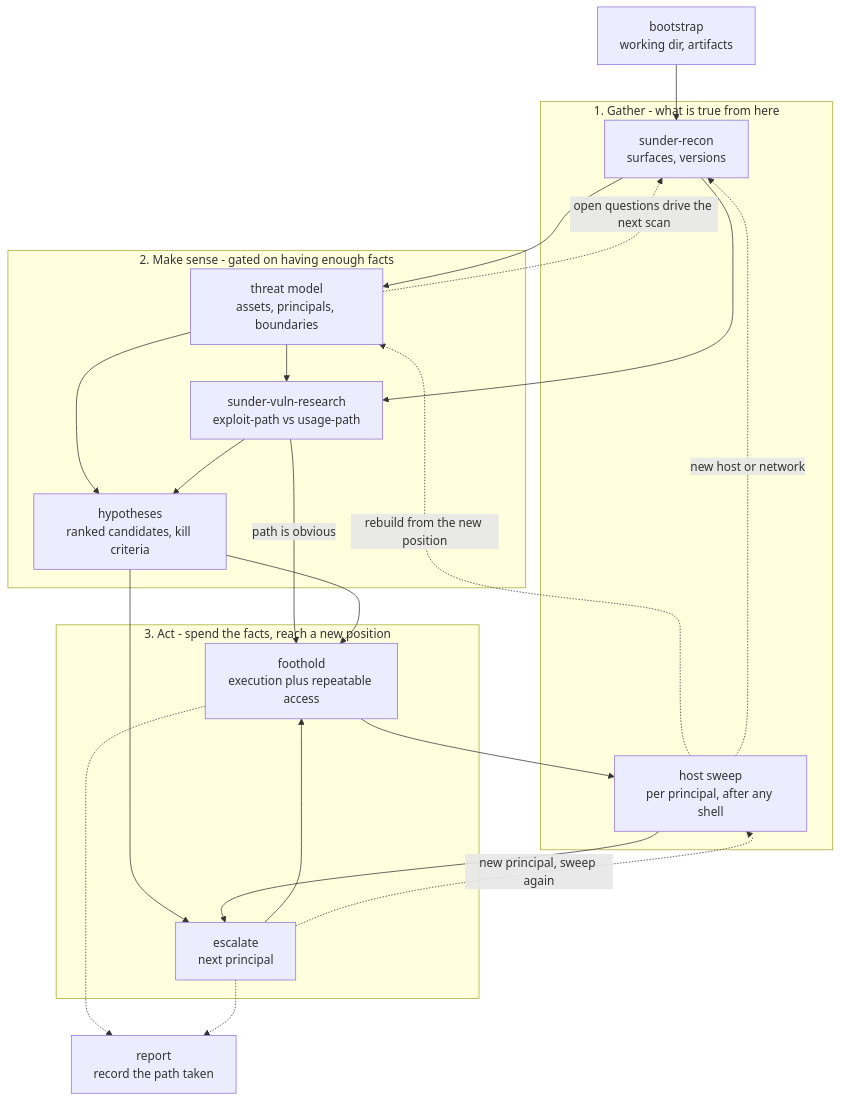
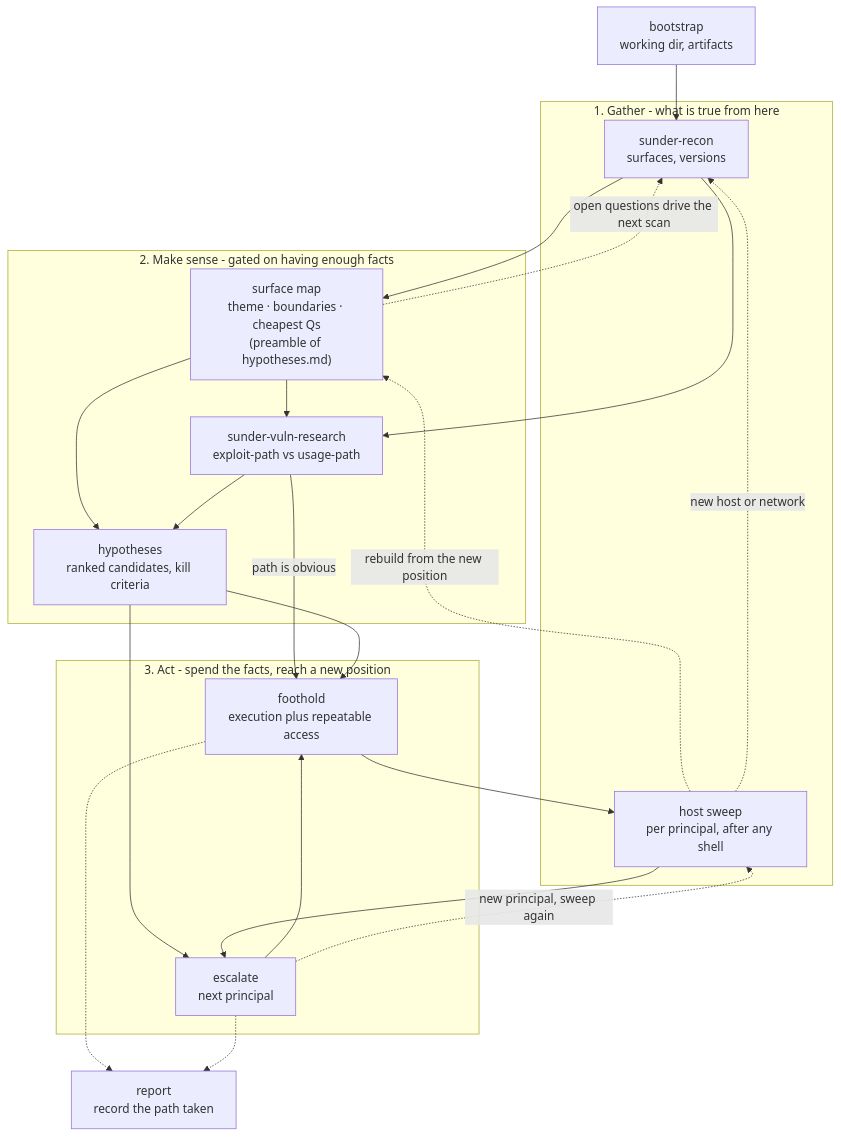
The diagram in .claude/skills/sunder/SKILL.md (h1994st/HTB), drawn with Mermaid before and after one commit. The commit also changed other lines of this file and 9 other files, not shown here.

First line of the commit message:
docs: sunder — first-moves gate + drift signals; fold threat-model into hypotheses

````diff
--- a/.claude/skills/sunder/SKILL.md
+++ b/.claude/skills/sunder/SKILL.md
@@ -63,42 +94,42 @@
 ```mermaid
 flowchart TD
     init["bootstrap<br/>working dir, artifacts"]
 
     subgraph GATHER["1. Gather - what is true from here"]
         recon["sunder-recon<br/>surfaces, versions"]
         sweep["host sweep<br/>per principal, after any shell"]
     end
 
     subgraph SENSE["2. Make sense - gated on having enough facts"]
-        model["threat model<br/>assets, principals, boundaries"]
+        model["surface map<br/>theme · boundaries · cheapest Qs<br/>(preamble of hypotheses.md)"]
         research["sunder-vuln-research<br/>exploit-path vs usage-path"]
         hypo["hypotheses<br/>ranked candidates, kill criteria"]
     end
 
     subgraph ACT["3. Act - spend the facts, reach a new position"]
         foothold["foothold<br/>execution plus repeatable access"]
         escalate["escalate<br/>next principal"]
     end
 
     report["report<br/>record the path taken"]
 
     init --> recon
     recon --> model
     recon --> research
     model --> research
     model --> hypo
     research --> hypo
     research -->|path is obvious| foothold
     hypo --> foothold
     hypo --> escalate
     foothold --> sweep
     sweep --> escalate
     escalate --> foothold
 
     model -.->|open questions drive the next scan| recon
     sweep -.->|rebuild from the new position| model
     sweep -.->|new host or network| recon
     escalate -.->|new principal, sweep again| sweep
     foothold -.-> report
     escalate -.-> report
 ```
````
